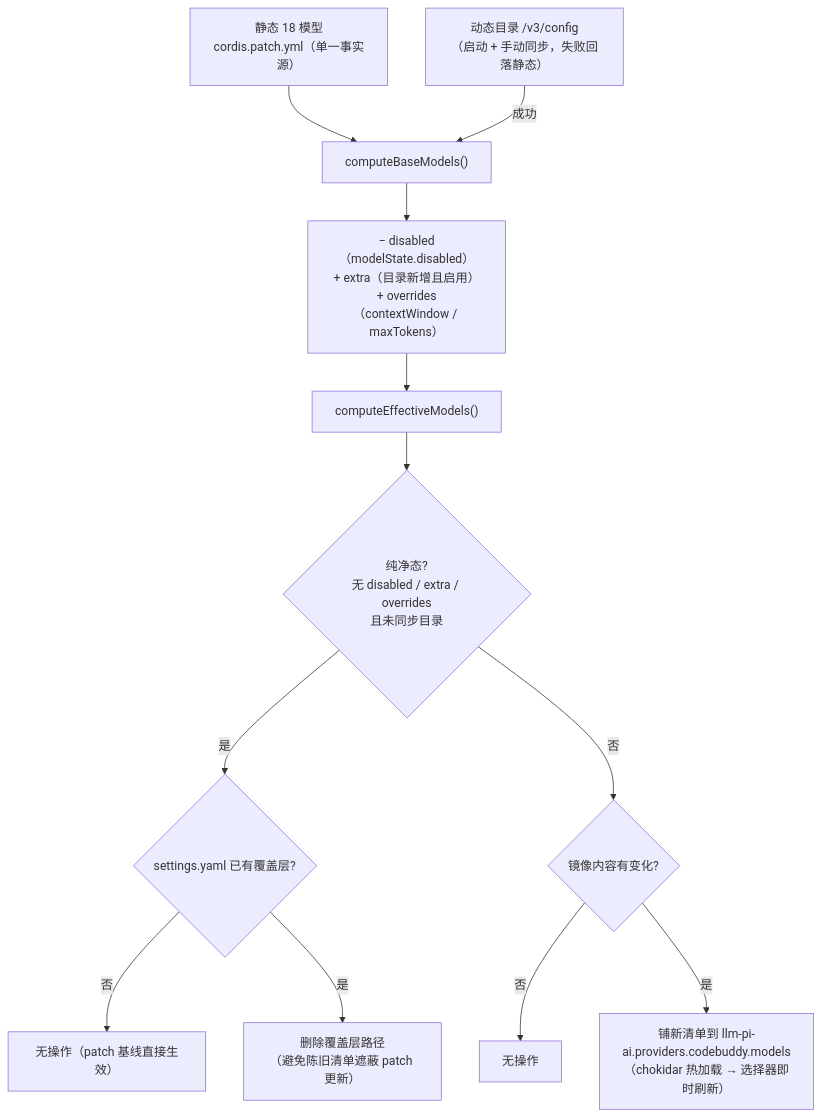
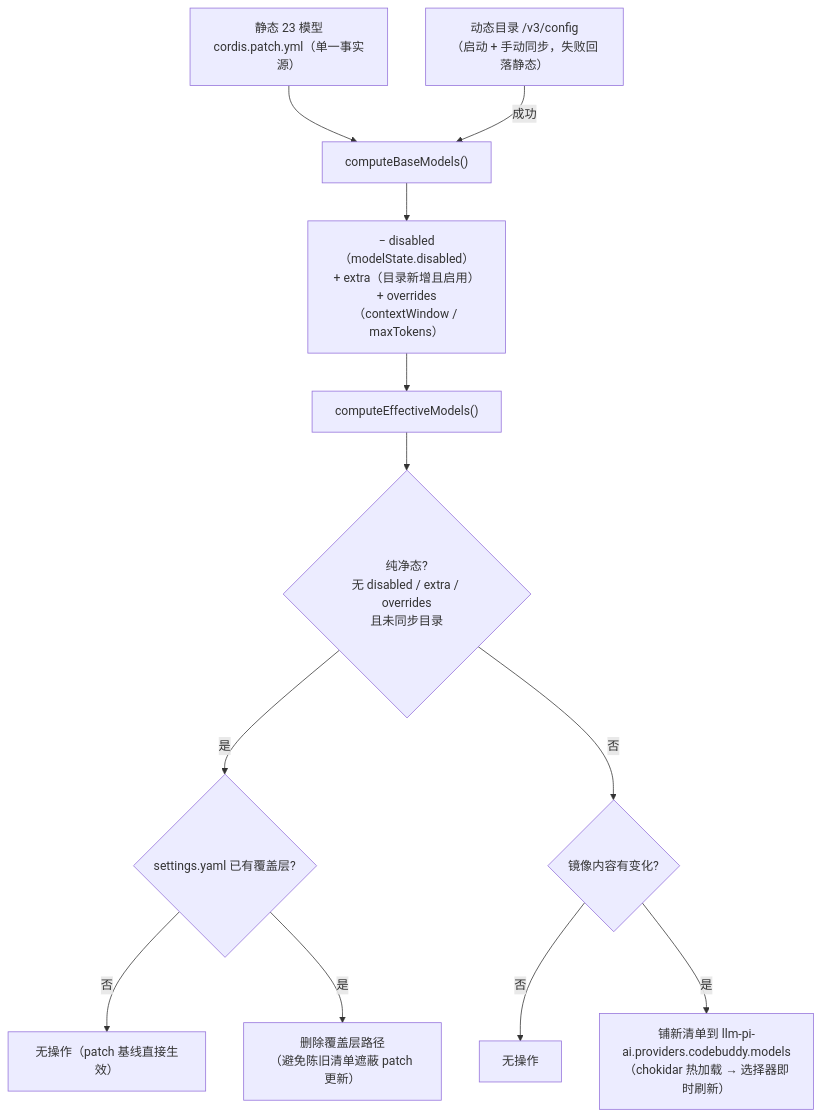
Before and after one commit to taikaikaikai-pixel/dsh-codebuddy-plugin: the first of 3 diagrams in wiki/08-config-and-files.md, drawn with Mermaid. The commit also changed 12 other files, not shown here.

````diff
--- a/wiki/08-config-and-files.md
+++ b/wiki/08-config-and-files.md
@@ -28,14 +28,14 @@
 ```mermaid
 flowchart TB
-    STATIC["静态 18 模型<br/>cordis.patch.yml（单一事实源）"] --> UNION["computeBaseModels()"]
+    STATIC["静态 23 模型<br/>cordis.patch.yml（单一事实源）"] --> UNION["computeBaseModels()"]
     DYN["动态目录 /v3/config<br/>（启动 + 手动同步，失败回落静态）"] -->|成功| UNION
     UNION --> APPLY["− disabled（modelState.disabled）<br/>+ extra（目录新增且启用）<br/>+ overrides（contextWindow / maxTokens）"]
     APPLY --> EFF["computeEffectiveModels()"]
     EFF --> PR{"纯净态?<br/>无 disabled / extra / overrides<br/>且未同步目录"}
     PR -->|是| DEL{"settings.yaml 已有覆盖层?"}
     DEL -->|否| NOOP["无操作（patch 基线直接生效）"]
     DEL -->|是| RM["删除覆盖层路径<br/>（避免陈旧清单遮蔽 patch 更新）"]
     PR -->|否| DIFF{"镜像内容有变化?"}
     DIFF -->|否| NOOP2["无操作"]
     DIFF -->|是| W["铺新清单到 llm-pi-ai.providers.codebuddy.models<br/>（chokidar 热加载 → 选择器即时刷新）"]
 ```
````
